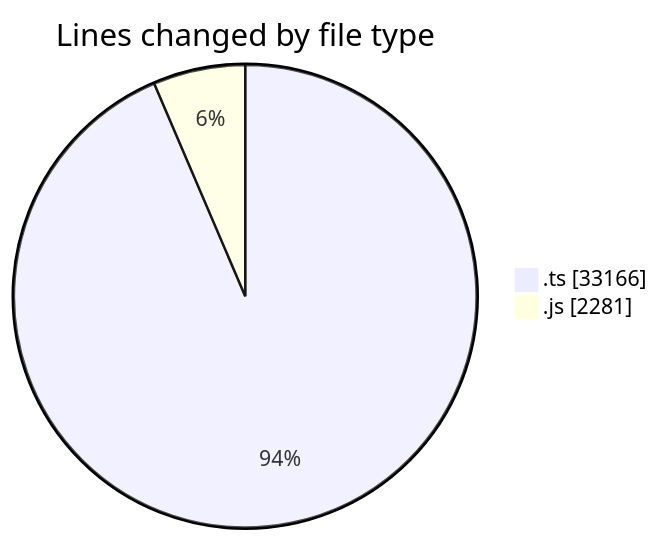
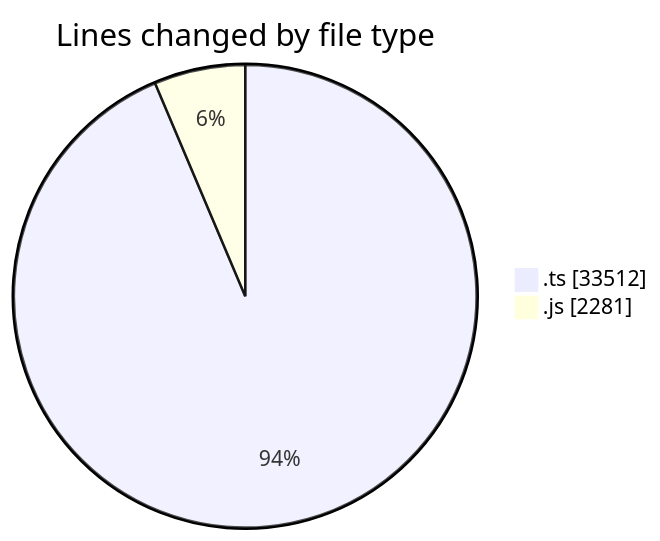
The first of 2 diagrams in 2025-06-26/cda/README.md (momahboobian/code-tracking), drawn with Mermaid before and after one commit. The commit also changed other lines of this file and 1 other file, not shown here.

````diff
--- a/2025-06-26/cda/README.md
+++ b/2025-06-26/cda/README.md
@@ -35,6 +36,6 @@
 ```mermaid
 pie showData
 title Lines changed by file type
-".ts" : 33166
+".ts" : 33512
 ".js" : 2281
 ```
````
